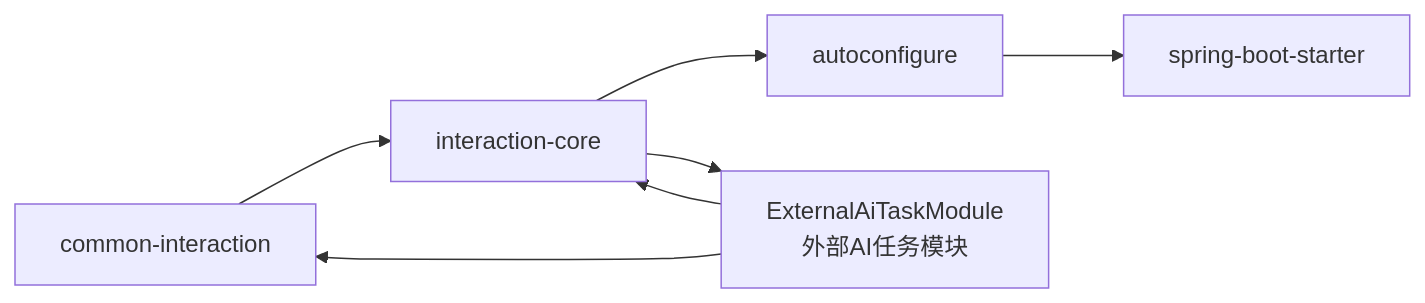
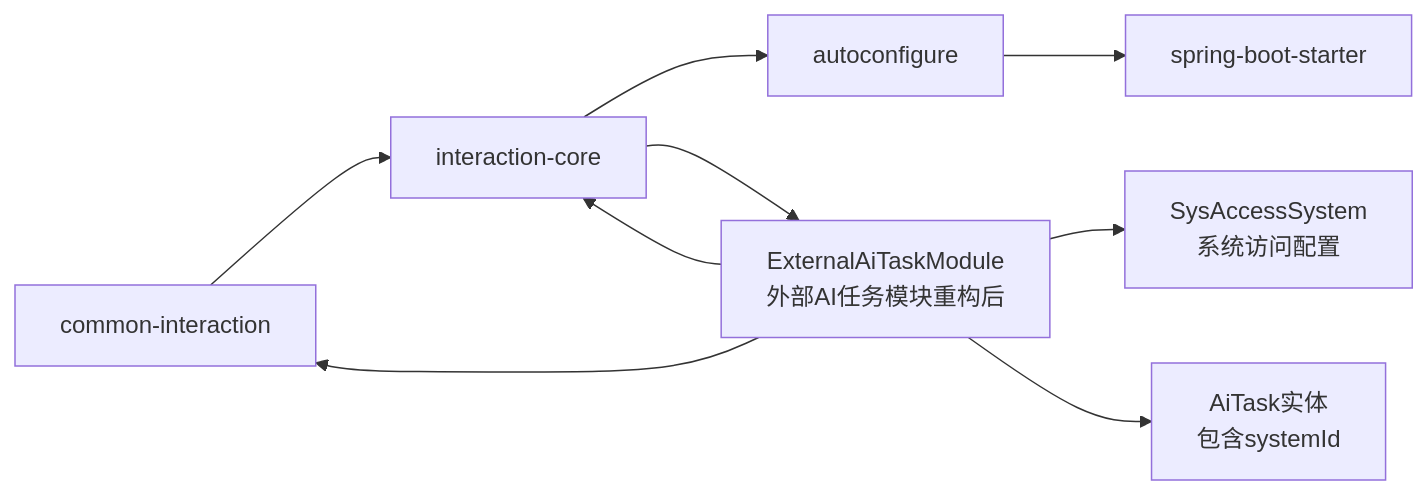
Before and after one commit to DrunkFood/First: the fifth of 5 diagrams in .qoder/repowiki/zh/content/API接口文档/外部系统集成API/外部系统集成API.md, drawn with Mermaid. The commit also changed other lines of this file and 58 other files, not shown here.

````diff
--- a/.qoder/repowiki/zh/content/API接口文档/外部系统集成API/外部系统集成API.md
+++ b/.qoder/repowiki/zh/content/API接口文档/外部系统集成API/外部系统集成API.md
@@ -360,9 +418,11 @@
 ```mermaid
 graph LR
 Common["common-interaction"] --> Core["interaction-core"]
 Core --> Auto["autoconfigure"]
 Auto --> Starter["spring-boot-starter"]
-Core --> ExternalAI["ExternalAiTaskModule<br/>外部AI任务模块"]
+Core --> ExternalAI["ExternalAiTaskModule<br/>外部AI任务模块重构后"]
 ExternalAI --> Common
 ExternalAI --> Core
+ExternalAI --> SysAccess["SysAccessSystem<br/>系统访问配置"]
+ExternalAI --> AiTask["AiTask实体<br/>包含systemId"]
 ```
````
